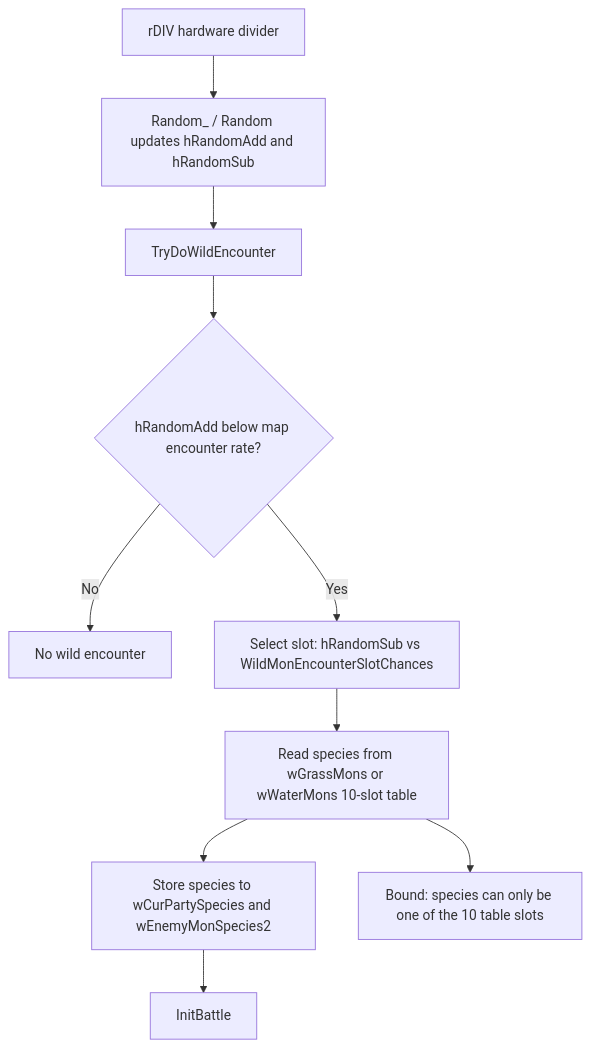
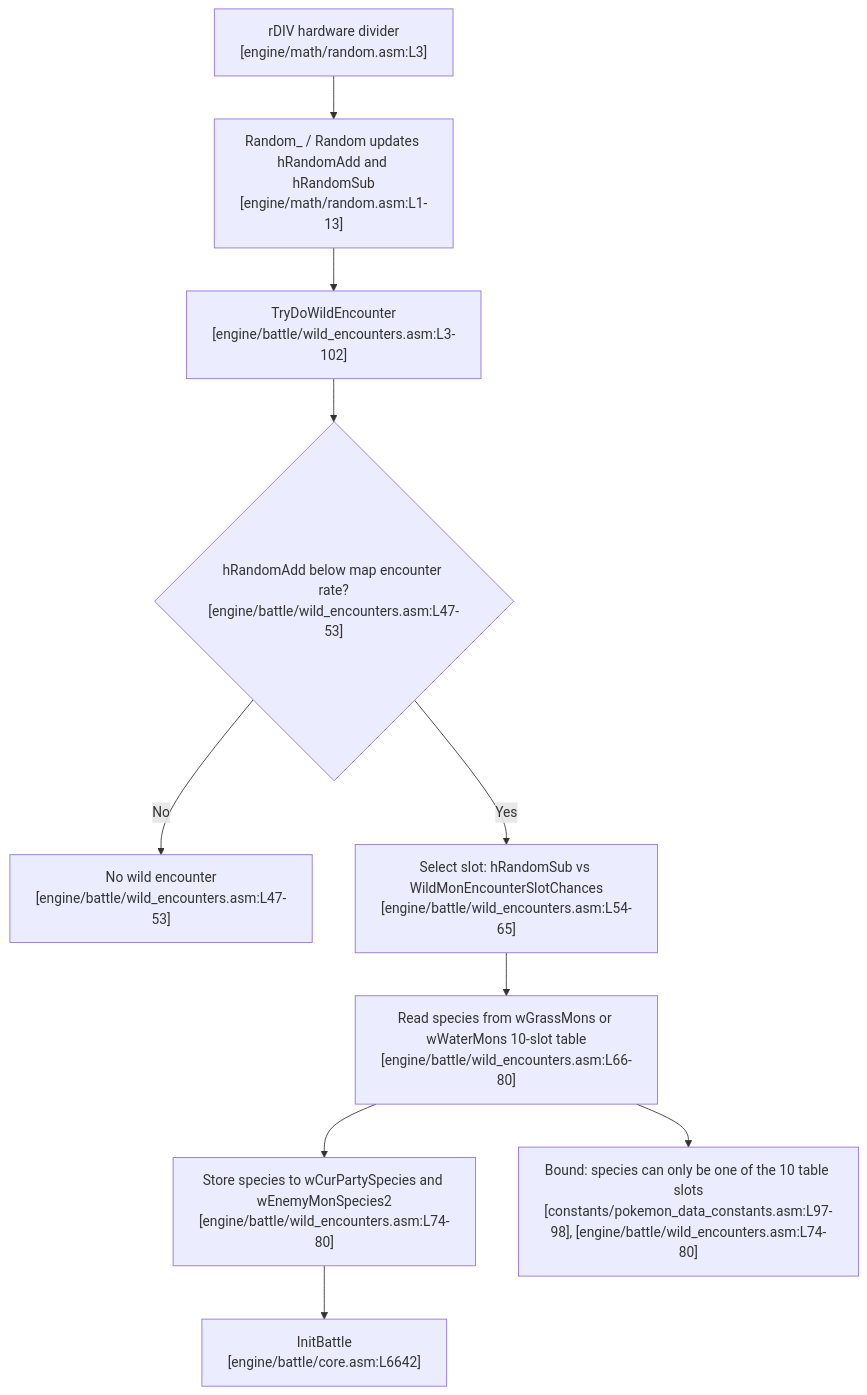
The first of 2 diagrams in docs/mew-acquisition/02-game-mechanics-reference.md (Blitzy-Sandbox/pokered), drawn with Mermaid before and after one commit. The commit also changed other lines of this file and 16 other files, not shown here.

````diff
--- a/docs/mew-acquisition/02-game-mechanics-reference.md
+++ b/docs/mew-acquisition/02-game-mechanics-reference.md
@@ -88,12 +88,12 @@
 ```mermaid
 flowchart TD
-    A["rDIV hardware divider"] --> B["Random_ / Random updates hRandomAdd and hRandomSub"]
-    B --> C["TryDoWildEncounter"]
-    C --> D{"hRandomAdd below map encounter rate?"}
-    D -->|"No"| E["No wild encounter"]
-    D -->|"Yes"| F["Select slot: hRandomSub vs WildMonEncounterSlotChances"]
-    F --> G["Read species from wGrassMons or wWaterMons 10-slot table"]
-    G --> H["Store species to wCurPartySpecies and wEnemyMonSpecies2"]
-    H --> I["InitBattle"]
-    G --> N["Bound: species can only be one of the 10 table slots"]
+    A["rDIV hardware divider<br/>[engine/math/random.asm:L3]"] --> B["Random_ / Random updates hRandomAdd and hRandomSub<br/>[engine/math/random.asm:L1-13]"]
+    B --> C["TryDoWildEncounter<br/>[engine/battle/wild_encounters.asm:L3-102]"]
+    C --> D{"hRandomAdd below map encounter rate?<br/>[engine/battle/wild_encounters.asm:L47-53]"}
+    D -->|"No"| E["No wild encounter<br/>[engine/battle/wild_encounters.asm:L47-53]"]
+    D -->|"Yes"| F["Select slot: hRandomSub vs WildMonEncounterSlotChances<br/>[engine/battle/wild_encounters.asm:L54-65]"]
+    F --> G["Read species from wGrassMons or wWaterMons 10-slot table<br/>[engine/battle/wild_encounters.asm:L66-80]"]
+    G --> H["Store species to wCurPartySpecies and wEnemyMonSpecies2<br/>[engine/battle/wild_encounters.asm:L74-80]"]
+    H --> I["InitBattle<br/>[engine/battle/core.asm:L6642]"]
+    G --> N["Bound: species can only be one of the 10 table slots<br/>[constants/pokemon_data_constants.asm:L97-98], [engine/battle/wild_encounters.asm:L74-80]"]
 ```
````
